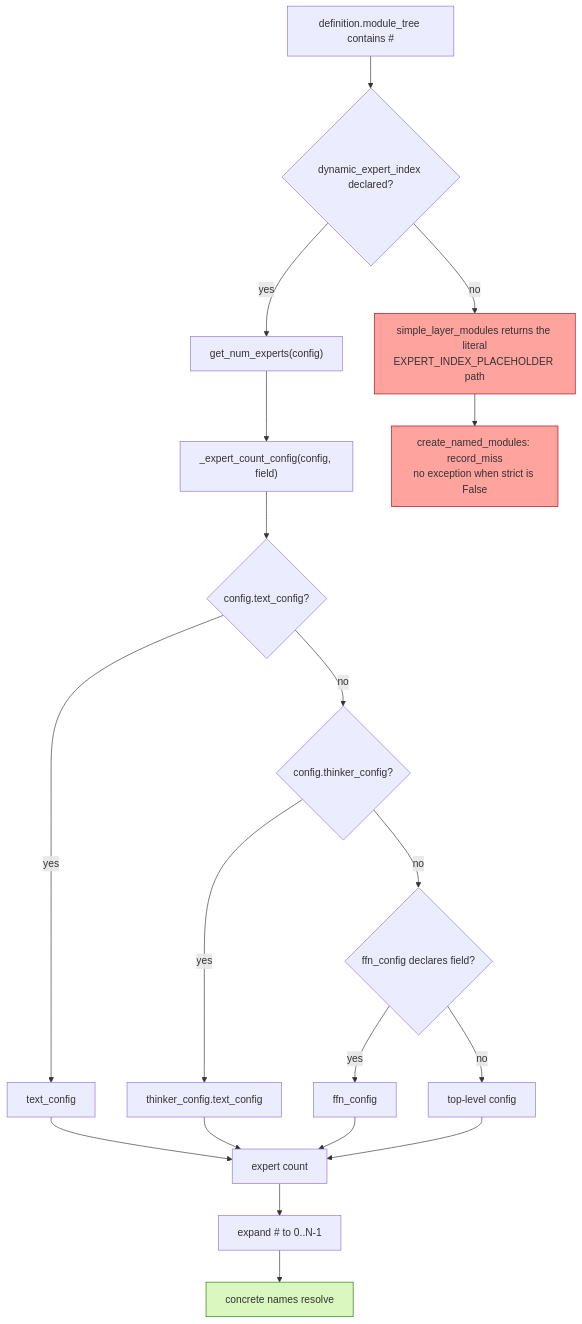
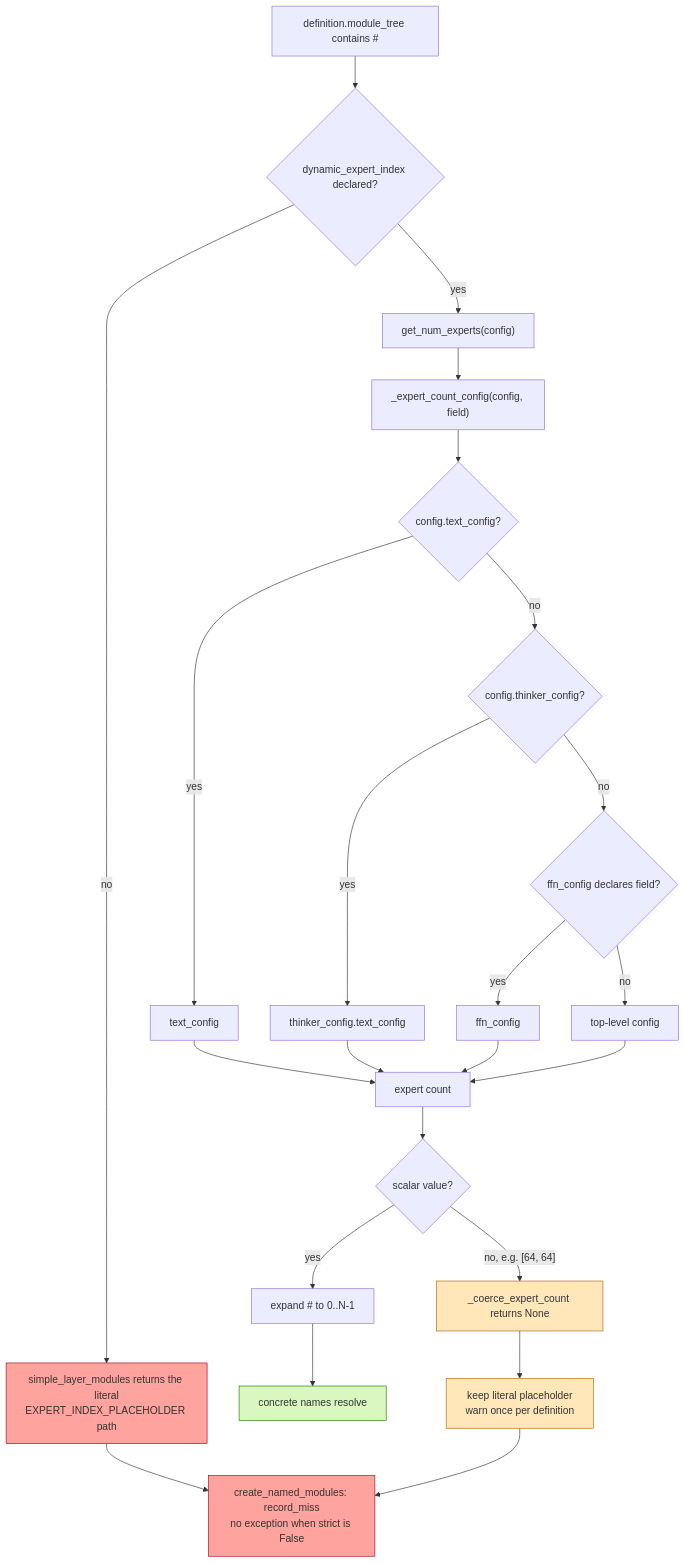
The eighth of 14 diagrams in docs/model-tree-resolution.md (ModelCloud/GPTQModel), drawn with Mermaid before and after one commit. The commit also changed other lines of this file and 3 other files, not shown here.

````diff
--- a/docs/model-tree-resolution.md
+++ b/docs/model-tree-resolution.md
@@ -249,24 +249,30 @@
 ```mermaid
 flowchart TD
     T["definition.module_tree contains #"] --> G{"dynamic_expert_index declared?"}
     G -->|"no"| RAW["simple_layer_modules returns the literal<br/>EXPERT_INDEX_PLACEHOLDER path"]
     G -->|"yes"| R["get_num_experts(config)"]
     R --> C["_expert_count_config(config, field)"]
     C --> T1{"config.text_config?"}
     T1 -->|"yes"| USE1["text_config"]
     T1 -->|"no"| T2{"config.thinker_config?"}
     T2 -->|"yes"| USE2["thinker_config.text_config"]
     T2 -->|"no"| T3{"ffn_config declares field?"}
     T3 -->|"yes"| USE3["ffn_config"]
     T3 -->|"no"| USE4["top-level config"]
     USE1 --> N["expert count"]
     USE2 --> N
     USE3 --> N
     USE4 --> N
-    N --> EXP["expand # to 0..N-1"]
+    N --> S{"scalar value?"}
+    S -->|"yes"| EXP["expand # to 0..N-1"]
+    S -->|"no, e.g. [64, 64]"| NONSCALAR["_coerce_expert_count returns None"]
+    NONSCALAR --> KEEP["keep literal placeholder<br/>warn once per definition"]
+    KEEP --> MISS
     RAW --> MISS["create_named_modules: record_miss<br/>no exception when strict is False"]
     EXP --> HIT["concrete names resolve"]
     style RAW fill:#ffa39e,stroke:#a8071a
     style MISS fill:#ffa39e,stroke:#a8071a
+    style NONSCALAR fill:#ffe7ba,stroke:#ad6800
+    style KEEP fill:#ffe7ba,stroke:#ad6800
     style HIT fill:#d9f7be,stroke:#237804
 ```
````
